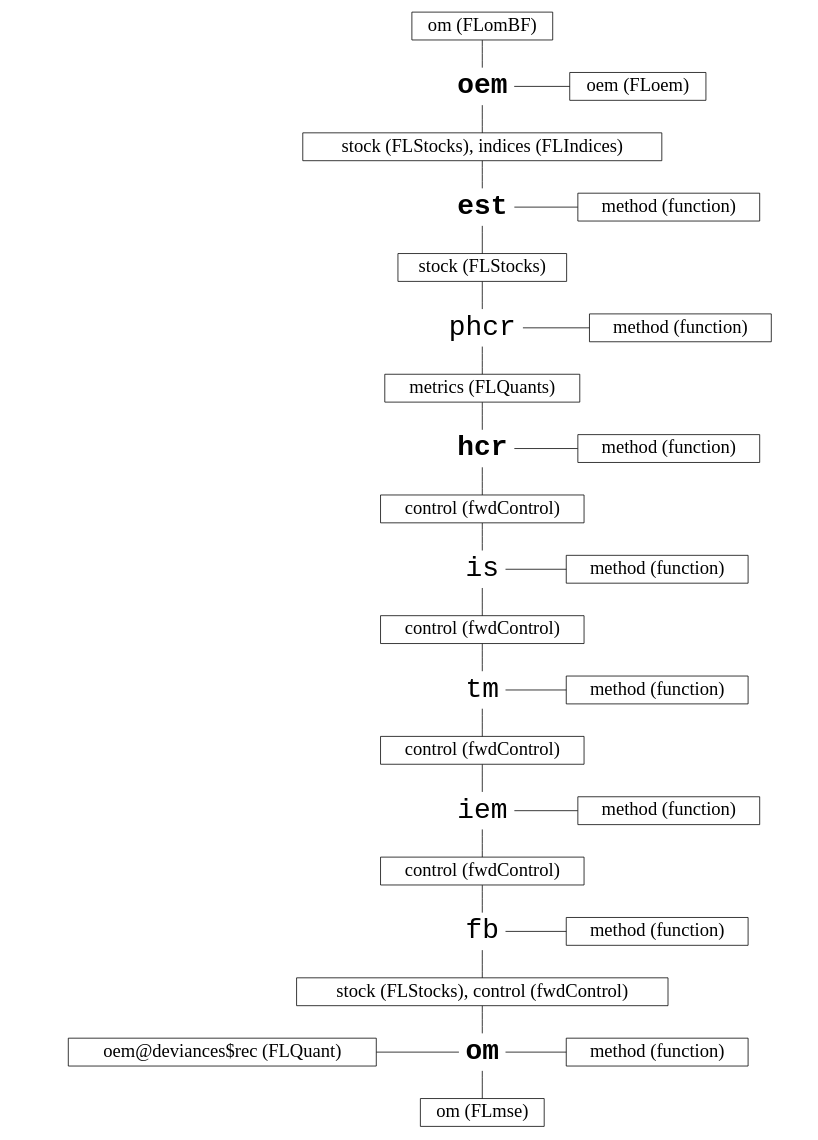
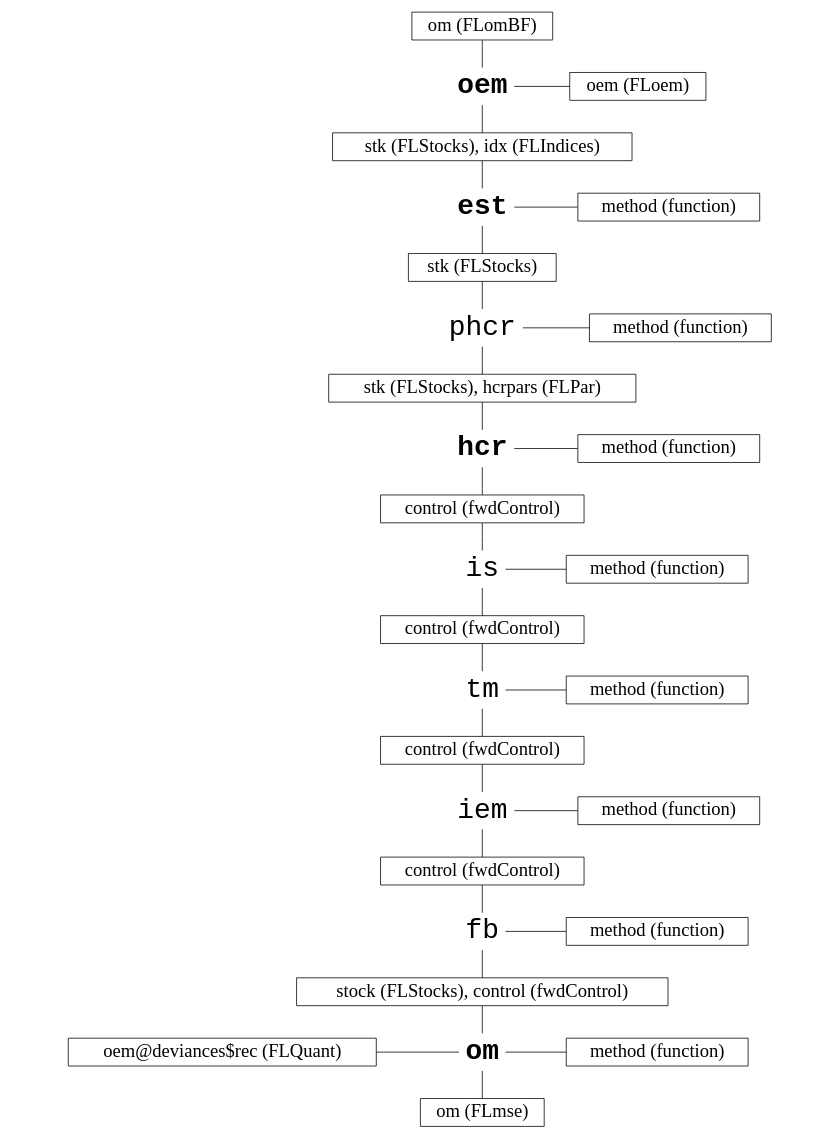
Before and after one commit to flr/mse: the diagram in vignettes/diagrams/dot/mpBF.dot, drawn with Graphviz. The commit also changed 13 other files, not shown here.

```diff
--- a/vignettes/diagrams/dot/mpBF.dot
+++ b/vignettes/diagrams/dot/mpBF.dot
@@ -1,72 +1,72 @@
 graph mp {
   
   /* GRAPH */
   graph [ratio="fill", size="8.3,11.7!", margin=0.8]
 
   /* EDGES */
   edge [arrowhead="none"];
   
   /* NODES */
   node [shape=box, fontsize=24];
 
   /* Compulsory steps */
   oem, est, hcr, om[shape=plaintext,
     fontsize=36, fontcolor="#000000", fontname="Courier-Bold"];
   
   /* Optional steps */
   phcr, is, tm, iem, fb[shape=plaintext,
     fontsize=36, fontcolor="#000000", fontname="Courier"];
 
   /* Inputs/Outputs/Arguments */
   oemin [label="om (FLomBF)"];
   oemargs [label="oem (FLoem)"];
   
-  estin [label="stock (FLStocks), indices (FLIndices)"];
+  estin [label="stk (FLStocks), idx (FLIndices)"];
   estargs [label="method (function)"];
   
-  phcrin [label="stock (FLStocks)"];
+  phcrin [label="stk (FLStocks)"];
   phcrargs [label="method (function)"];
   
-  hcrin [label="metrics (FLQuants)"];
+  hcrin [label="stk (FLStocks), hcrpars (FLPar)"];
   hcrargs [label="method (function)"];
   
   isin [label="control (fwdControl)"];
   isargs [label="method (function)"];
   
   tmin [label="control (fwdControl)"];
   tmargs [label="method (function)"];
   
   iemin [label="control (fwdControl)"];
   iemargs [label="method (function)"];
   
   fbin [label="control (fwdControl)"];
   fbargs [label="method (function)"];
   
   omin [label="stock (FLStocks), control (fwdControl)"];
   omout [label="om (FLmse)"];
   omargs [label="method (function)"];
   omargs2 [label="oem@deviances$rec (FLQuant)"];
 
   oem -- oemargs;
     {rank=same; oem; oemargs;}
   est -- estargs;
     {rank=same; est; estargs;}
   phcr -- phcrargs;
     {rank=same; phcr; phcrargs;}
   hcr -- hcrargs;
     {rank=same; hcr; hcrargs;}
   is -- isargs;
     {rank=same; is; isargs;}
   tm -- tmargs;
     {rank=same; tm; tmargs;}
   iem -- iemargs;
     {rank=same; iem; iemargs;}
   fb -- fbargs;
     {rank=same; fb; fbargs;}
   omargs2 -- om -- omargs;
     {rank=same; om; omargs; omargs2;}
   
   /* Code flow */
   oemin -- oem -- estin -- est -- phcrin -- phcr -- hcrin -- hcr -- isin -- is;
   is -- tmin -- tm -- iemin -- iem -- fbin -- fb -- omin -- om -- omout;
 }
```
